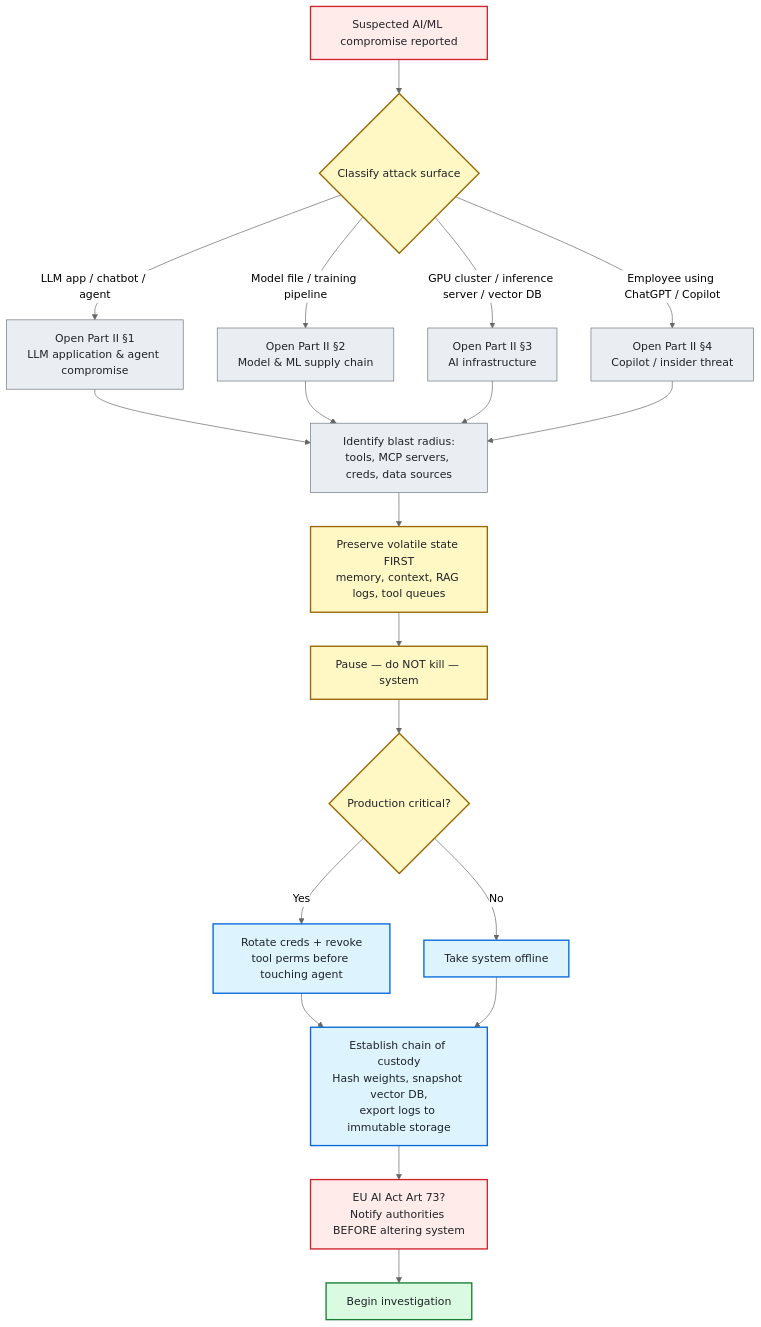
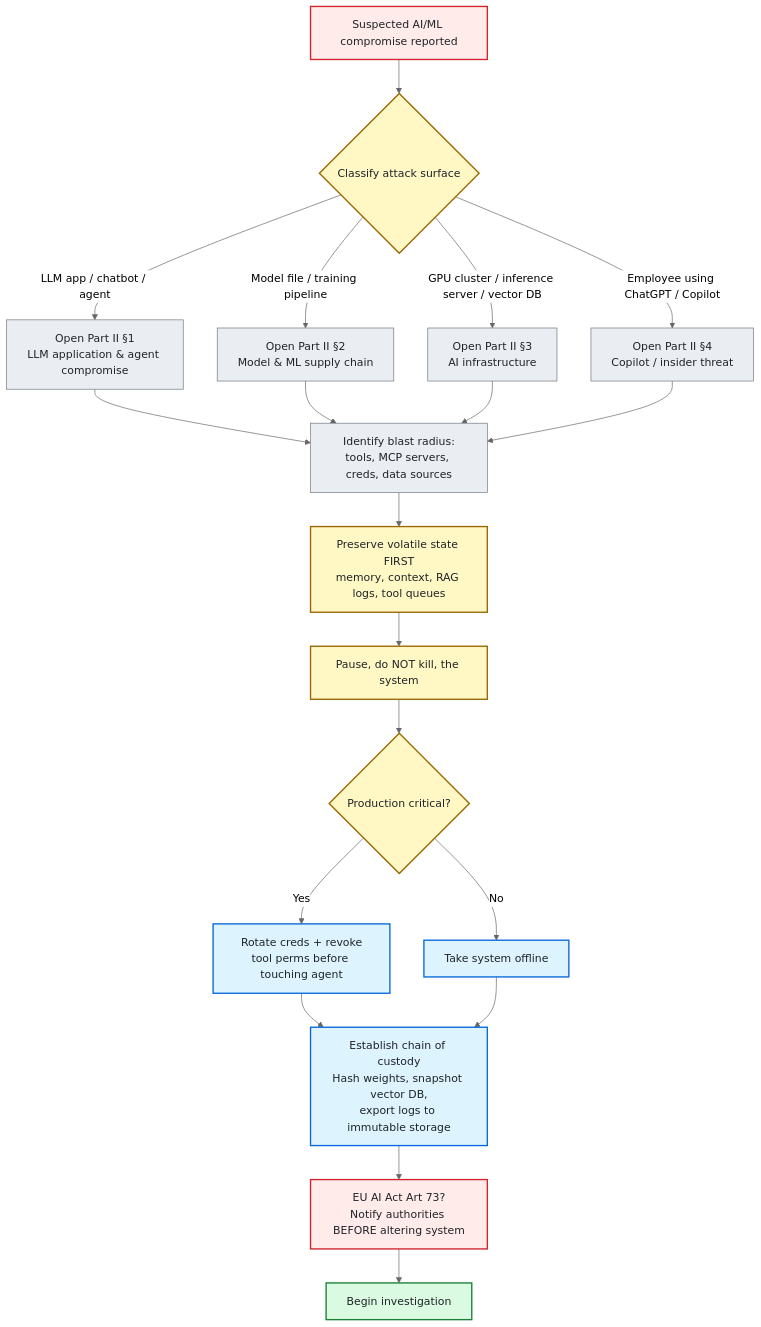
One commit to depalmar/ai-dfir-toolkit changed the first of 8 diagrams in docs/ai-dfir-investigation-guide.md. Above: the diagram before and after it, drawn with Mermaid (neutral theme). The commit also changed other lines of this file, not shown here.

````diff
--- a/docs/ai-dfir-investigation-guide.md
+++ b/docs/ai-dfir-investigation-guide.md
@@ -45,35 +45,35 @@
 ```mermaid
 flowchart TD
     A[Suspected AI/ML compromise reported] --> B{Classify attack surface}
     B -->|LLM app / chatbot / agent| C[Open Part II §1<br/>LLM application & agent compromise]
     B -->|Model file / training pipeline| D[Open Part II §2<br/>Model & ML supply chain]
     B -->|GPU cluster / inference server / vector DB| E[Open Part II §3<br/>AI infrastructure]
     B -->|Employee using ChatGPT / Copilot| F[Open Part II §4<br/>Copilot / insider threat]
     C --> G[Identify blast radius:<br/>tools, MCP servers, creds, data sources]
     D --> G
     E --> G
     F --> G
     G --> H[Preserve volatile state FIRST<br/>memory, context, RAG logs, tool queues]
-    H --> I[Pause — do NOT kill — system]
+    H --> I[Pause, do NOT kill, the system]
     I --> J{Production critical?}
     J -->|Yes| K[Rotate creds + revoke<br/>tool perms before touching agent]
     J -->|No| L[Take system offline]
     K --> M[Establish chain of custody<br/>Hash weights, snapshot vector DB,<br/>export logs to immutable storage]
     L --> M
     M --> N[EU AI Act Art 73?<br/>Notify authorities BEFORE altering system]
     N --> O[Begin investigation]
 
     classDef danger fill:#ffebe9,stroke:#d1242f,stroke-width:2px,color:#1f2328
     classDef warn fill:#fff8c5,stroke:#9a6700,stroke-width:2px,color:#1f2328
     classDef info fill:#ddf4ff,stroke:#0969da,stroke-width:2px,color:#1f2328
     classDef safe fill:#dafbe1,stroke:#1a7f37,stroke-width:2px,color:#1f2328
     classDef muted fill:#eaeef2,stroke:#6e7781,stroke-width:1px,color:#1f2328
 
     class A danger
     class B,J warn
     class C,D,E,F,G muted
     class H,I warn
     class K,L,M info
     class N danger
     class O safe
 ```
````
